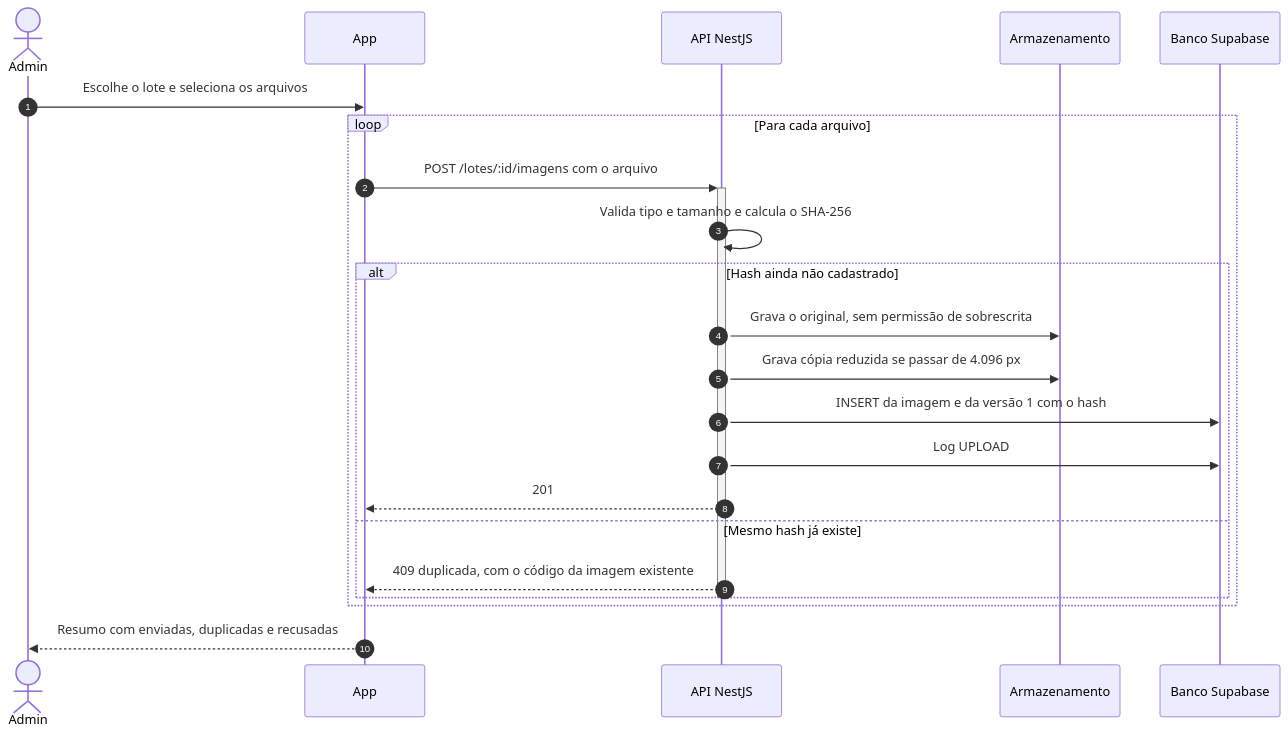
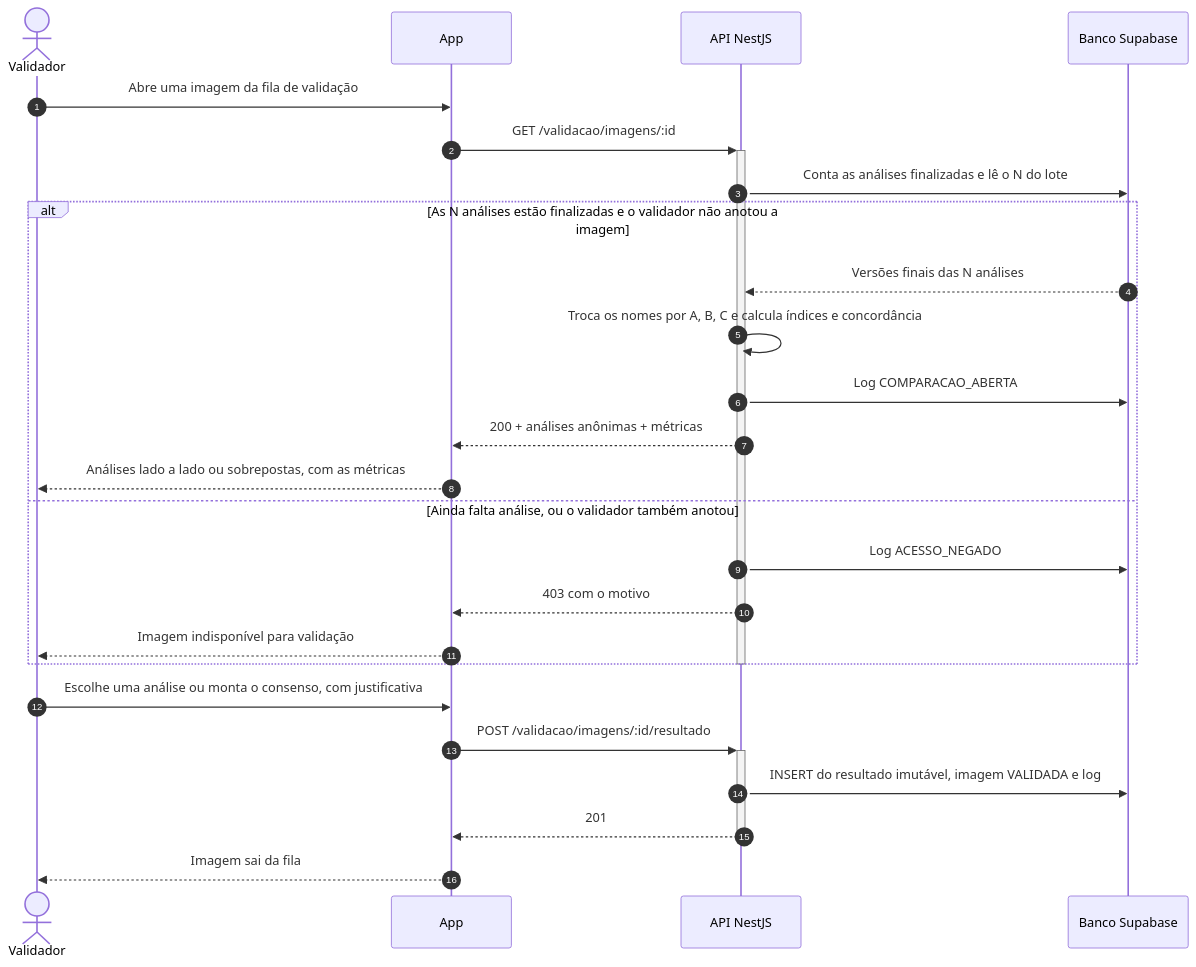
One commit to Matheus-Lordron/ki67 changed the ninth of 13 diagrams in docs/02-arquitetura.md. Above: the diagram before and after it, drawn with Mermaid. The commit also changed other lines of this file and 6 other files, not shown here.

````diff
--- a/docs/02-arquitetura.md
+++ b/docs/02-arquitetura.md
@@ -323,26 +375,31 @@
 ```mermaid
 sequenceDiagram
     autonumber
-    actor A as Admin
+    actor V as Validador
     participant App
     participant API as API NestJS
-    participant ARQ as Armazenamento
     participant DB as Banco Supabase
 
-    A->>App: Escolhe o lote e seleciona os arquivos
-    loop Para cada arquivo
-        App->>+API: POST /lotes/:id/imagens com o arquivo
-        API->>API: Valida tipo e tamanho e calcula o SHA-256
-        alt Hash ainda não cadastrado
-            API->>ARQ: Grava o original, sem permissão de sobrescrita
-            API->>ARQ: Grava cópia reduzida se passar de 4.096 px
-            API->>DB: INSERT da imagem e da versão 1 com o hash
-            API->>DB: Log UPLOAD
-            API-->>App: 201
-        else Mesmo hash já existe
-            API-->>App: 409 duplicada, com o código da imagem existente
-        end
-        deactivate API
+    V->>App: Abre uma imagem da fila de validação
+    App->>+API: GET /validacao/imagens/:id
+    API->>DB: Conta as análises finalizadas e lê o N do lote
+    alt As N análises estão finalizadas e o validador não anotou a imagem
+        DB-->>API: Versões finais das N análises
+        API->>API: Troca os nomes por A, B, C e calcula índices e concordância
+        API->>DB: Log COMPARACAO_ABERTA
+        API-->>App: 200 + análises anônimas + métricas
+        App-->>V: Análises lado a lado ou sobrepostas, com as métricas
+    else Ainda falta análise, ou o validador também anotou
+        API->>DB: Log ACESSO_NEGADO
+        API-->>App: 403 com o motivo
+        App-->>V: Imagem indisponível para validação
     end
-    App-->>A: Resumo com enviadas, duplicadas e recusadas
+    deactivate API
+
+    V->>App: Escolhe uma análise ou monta o consenso, com justificativa
+    App->>+API: POST /validacao/imagens/:id/resultado
+    API->>DB: INSERT do resultado imutável, imagem VALIDADA e log
+    API-->>App: 201
+    deactivate API
+    App-->>V: Imagem sai da fila
 ```
````
